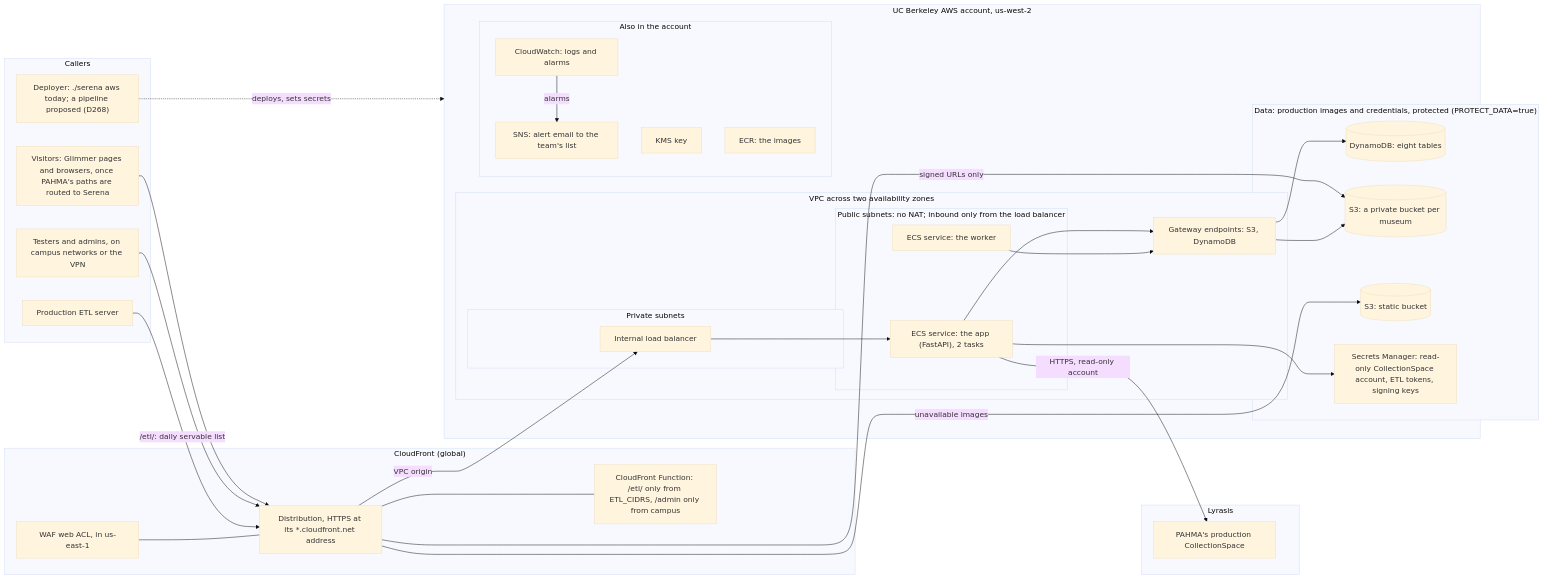
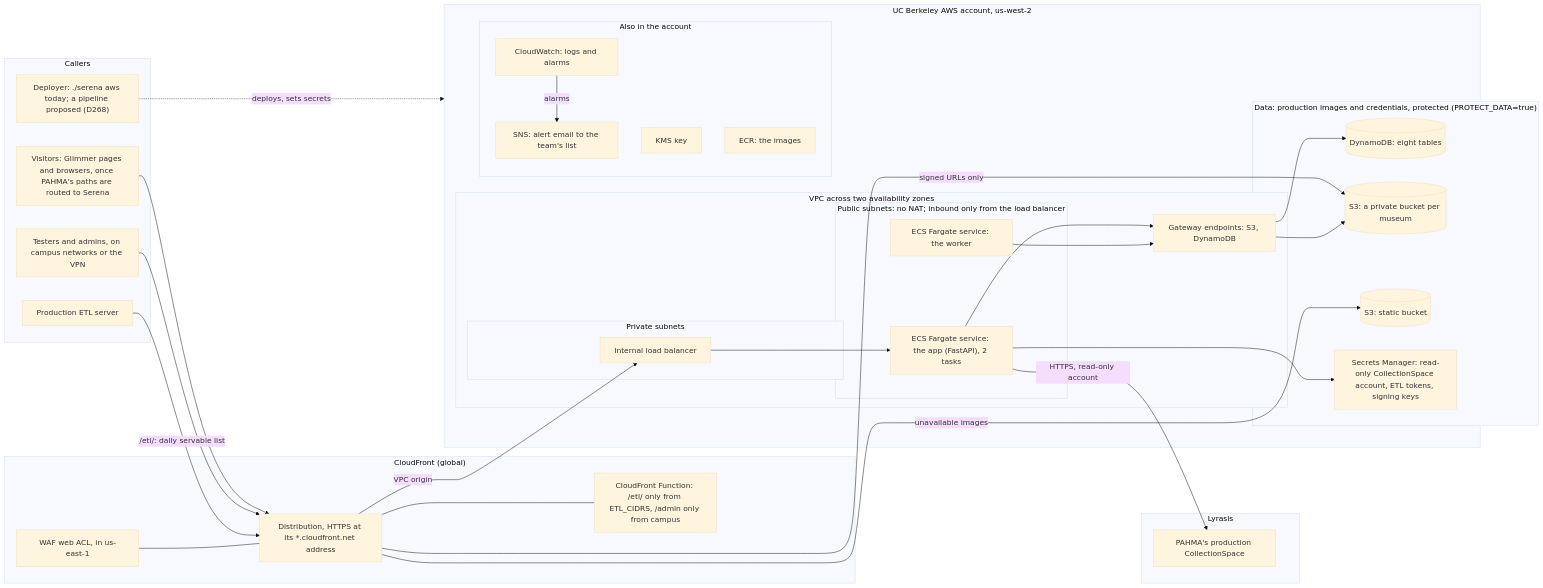
Before and after one commit to ets-berkeley-edu/cspace-media-server: the second of 2 diagrams in deploy/README.md, drawn with Mermaid (base theme). The commit also changed other lines of this file, not shown here.

First line of the commit message:
deploy/README.md: label the diagrams' ECS boxes as Fargate

````diff
--- a/deploy/README.md
+++ b/deploy/README.md
@@ -212,62 +212,62 @@
 ```mermaid
 flowchart LR
   subgraph callers["Callers"]
     visitors["Visitors: Glimmer pages and browsers, once PAHMA's paths are routed to Serena"]
     testers["Testers and admins, on campus networks or the VPN"]
     etl["Production ETL server"]
     deployer["Deployer: ./serena aws today; a pipeline proposed (D268)"]
   end
 
   subgraph edge["CloudFront (global)"]
     cf["Distribution, HTTPS at its *.cloudfront.net address"]
     fn["CloudFront Function: /etl/ only from ETL_CIDRS, /admin only from campus"]
     waf["WAF web ACL, in us-east-1"]
   end
 
   subgraph lyrasis["Lyrasis"]
     cspace["PAHMA's production CollectionSpace"]
   end
 
   subgraph account["UC Berkeley AWS account, us-west-2"]
     subgraph vpc["VPC across two availability zones"]
       subgraph private["Private subnets"]
         alb["Internal load balancer"]
       end
       subgraph public["Public subnets: no NAT; inbound only from the load balancer"]
-        web["ECS service: the app (FastAPI), 2 tasks"]
-        worker["ECS service: the worker"]
+        web["ECS Fargate service: the app (FastAPI), 2 tasks"]
+        worker["ECS Fargate service: the worker"]
       end
       gw["Gateway endpoints: S3, DynamoDB"]
     end
     subgraph data["Data: production images and credentials, protected (PROTECT_DATA=true)"]
       ddb[("DynamoDB: eight tables")]
       museum[("S3: a private bucket per museum")]
       static[("S3: static bucket")]
       secrets["Secrets Manager: read-only CollectionSpace account, ETL tokens, signing keys"]
     end
     subgraph ops["Also in the account"]
       logs["CloudWatch: logs and alarms"]
       sns["SNS: alert email to the team's list"]
       kms["KMS key"]
       ecr["ECR: the images"]
     end
   end
 
   visitors --> cf
   testers --> cf
   etl -->|"/etl/: daily servable list"| cf
   cf --- fn
   waf --- cf
   cf -->|"VPC origin"| alb
   alb --> web
   cf -->|"signed URLs only"| museum
   cf -->|"unavailable images"| static
   web --> gw
   worker --> gw
   gw --> ddb
   gw --> museum
   web --> secrets
   web -->|"HTTPS, read-only account"| cspace
   logs -->|"alarms"| sns
   deployer -.->|"deploys, sets secrets"| account
 ```
````
